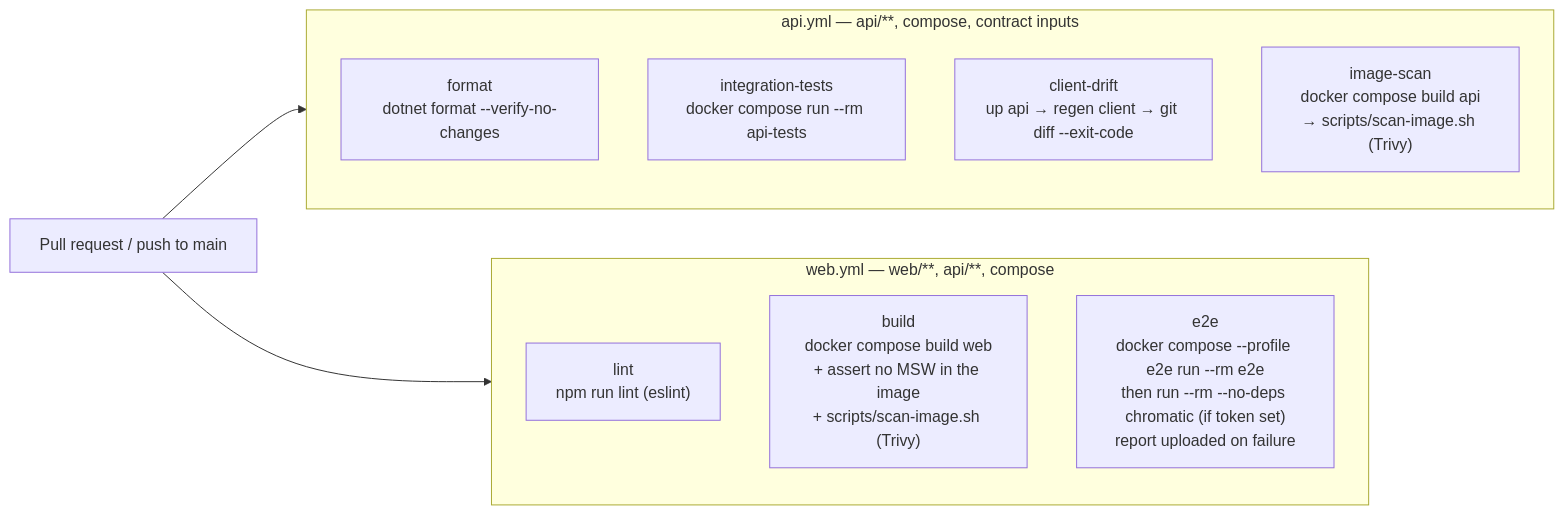
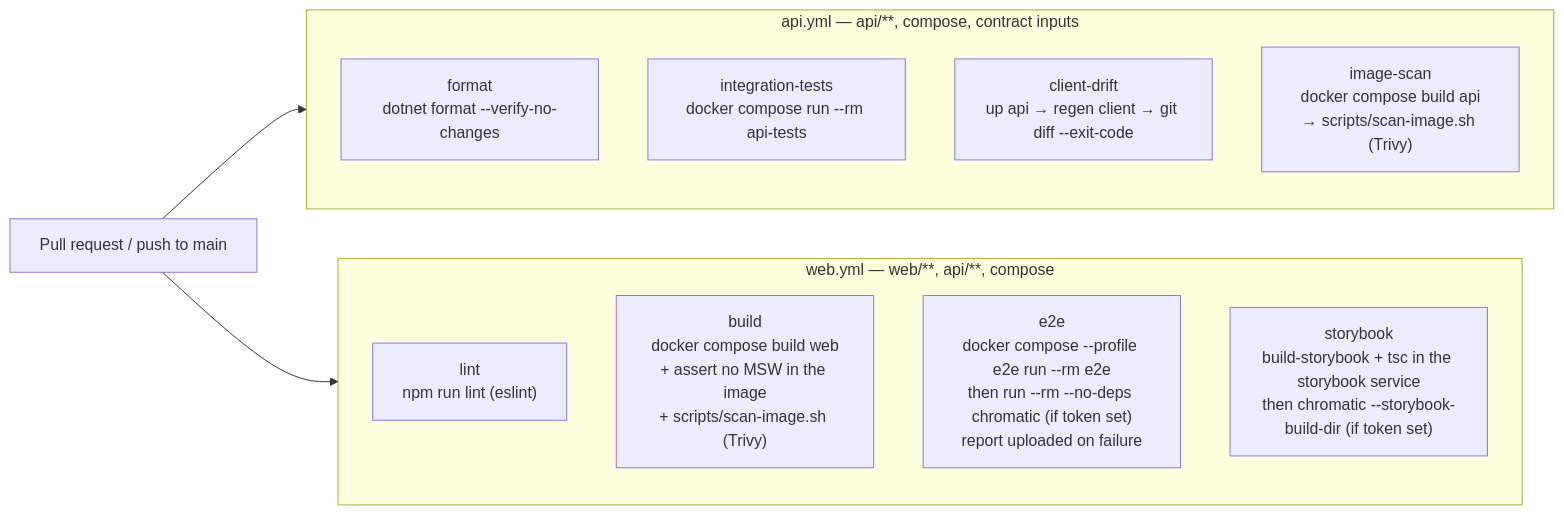
One commit to l1em1on1/social-tennis changed diagram 12 of 12 in docs/architecture.md. Above: the diagram before and after it, drawn with Mermaid. The commit also changed other lines of this file and 24 other files, not shown here.

````diff
--- a/docs/architecture.md
+++ b/docs/architecture.md
@@ -449,15 +465,16 @@
 ```mermaid
 flowchart LR
     subgraph apiwf ["api.yml — api/**, compose, contract inputs"]
         T0["format<br/>dotnet format --verify-no-changes"]
         T1["integration-tests<br/>docker compose run --rm api-tests"]
         T2["client-drift<br/>up api → regen client → git diff --exit-code"]
         T6["image-scan<br/>docker compose build api<br/>→ scripts/scan-image.sh (Trivy)"]
     end
     subgraph webwf ["web.yml — web/**, api/**, compose"]
         T5["lint<br/>npm run lint (eslint)"]
         T3["build<br/>docker compose build web<br/>+ assert no MSW in the image<br/>+ scripts/scan-image.sh (Trivy)"]
         T4["e2e<br/>docker compose --profile e2e run --rm e2e<br/>then run --rm --no-deps chromatic (if token set)<br/>report uploaded on failure"]
+        T7["storybook<br/>build-storybook + tsc in the storybook service<br/>then chromatic --storybook-build-dir (if token set)"]
     end
     PR[Pull request / push to main] --> apiwf & webwf
 ```
````
